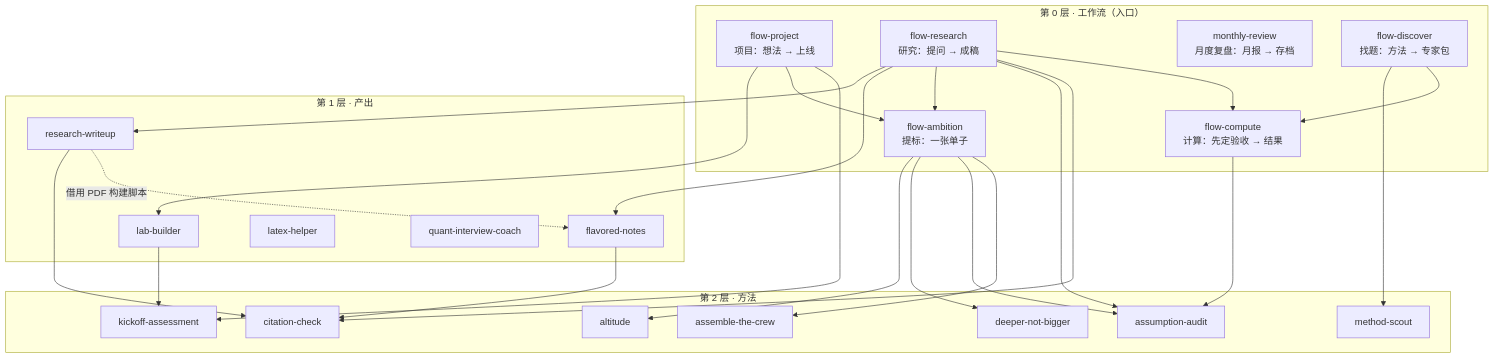
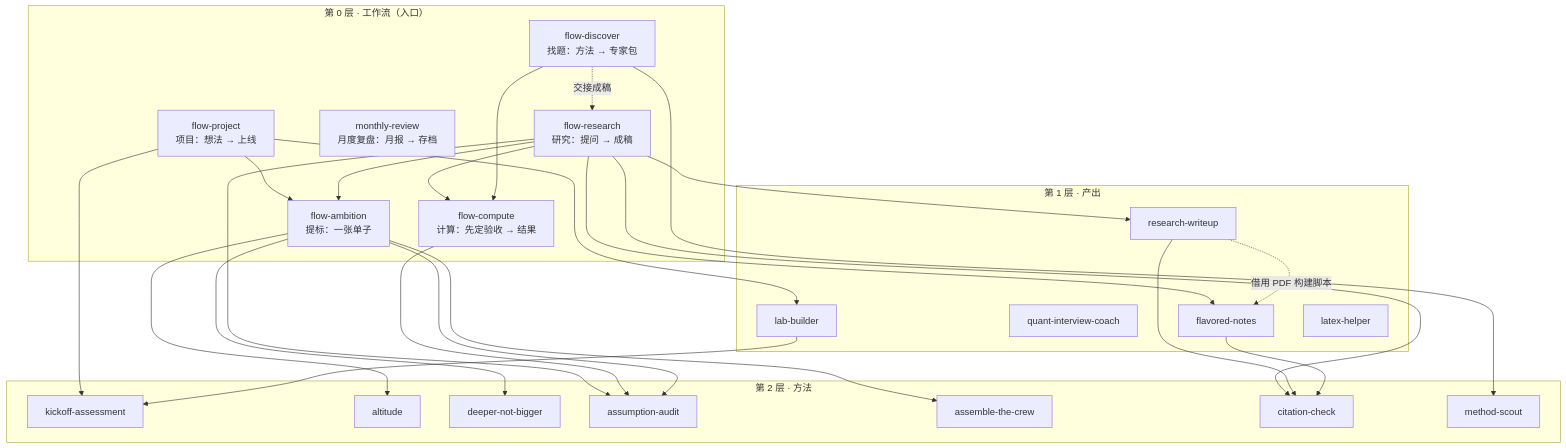
One commit to ZechenBian/ZechenBian.github.io changed the diagram in _skills/README.md. Above: the diagram before and after it, drawn with Mermaid. The commit also changed other lines of this file and 9 other files, not shown here.

First line of the commit message:
skills: 按独立审查修改 flow-compute 等（没人在场的阈值、常数声明前移、协议第 8 条）

````diff
--- a/_skills/README.md
+++ b/_skills/README.md
@@ -17,50 +17,51 @@
 ```mermaid
 flowchart TB
   subgraph L0["第 0 层 · 工作流（入口）"]
     FP["flow-project<br/>项目：想法 → 上线"]
     FR["flow-research<br/>研究：提问 → 成稿"]
     FA["flow-ambition<br/>提标：一张单子"]
     MR["monthly-review<br/>月度复盘：月报 → 存档"]
     FC["flow-compute<br/>计算：先定验收 → 结果"]
     FD["flow-discover<br/>找题：方法 → 专家包"]
   end
   subgraph L1["第 1 层 · 产出"]
     LB[lab-builder]
     RW[research-writeup]
     FN[flavored-notes]
     LH[latex-helper]
     QC[quant-interview-coach]
   end
   subgraph L2["第 2 层 · 方法"]
     KA[kickoff-assessment]
     AL[altitude]
     DN[deeper-not-bigger]
     AA[assumption-audit]
     AC[assemble-the-crew]
     CC[citation-check]
     CS[method-scout]
   end
   FP --> LB
   FR --> RW
   FR --> FN
   FP --> FA
   FR --> FA
   FP --> KA
   FR --> AA
   FR --> CC
   FR --> FC
   FD --> CS
   FD --> FC
+  FD -. 交接成稿 .-> FR
   FC --> AA
   FA --> AL
   FA --> DN
   FA --> AA
   FA --> AC
   LB --> KA
   RW --> CC
   FN --> CC
   RW -. 借用 PDF 构建脚本 .-> FN
   MR ~~~ FA
   QC ~~~ AC
   LH ~~~ CC
 ```
````
